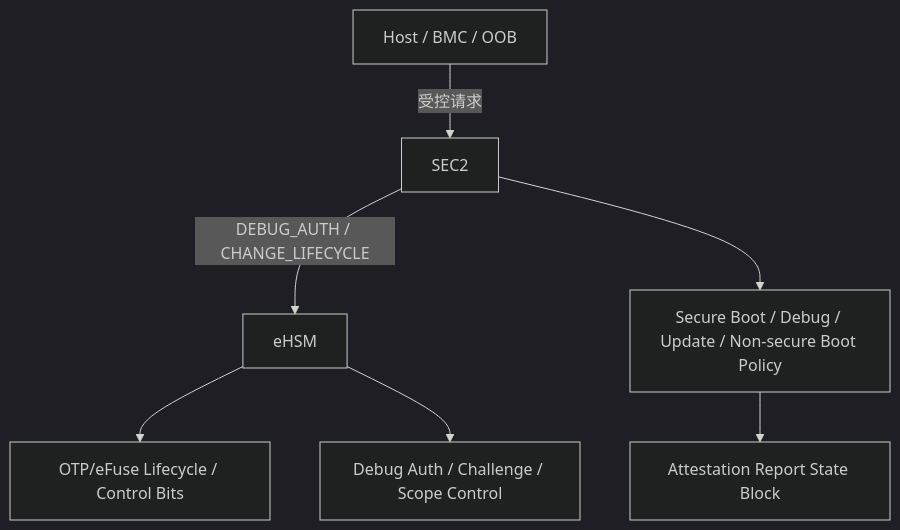
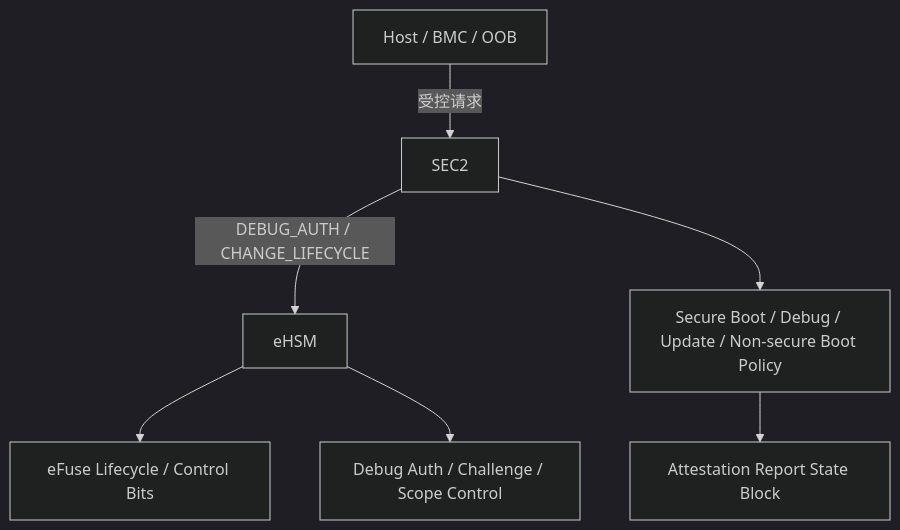
Diagram 14 of 29 in ngu800_security_solution_flow_with_gpt/security_workflow/03_detailed_design/10_full_design.md (DBW19931021/security_-scheme), drawn with Mermaid (dark theme) before and after one commit. The commit also changed other lines of this file and 28 other files, not shown here.

````diff
--- a/ngu800_security_solution_flow_with_gpt/security_workflow/03_detailed_design/10_full_design.md
+++ b/ngu800_security_solution_flow_with_gpt/security_workflow/03_detailed_design/10_full_design.md
@@ -1708,9 +1920,9 @@
 ```mermaid
 graph TD
     HOST[Host / BMC / OOB] -->|受控请求| SEC2[SEC2]
     SEC2 -->|DEBUG_AUTH / CHANGE_LIFECYCLE| EH[eHSM]
-    EH --> OTP[OTP/eFuse Lifecycle / Control Bits]
+    EH --> eFuse[eFuse Lifecycle / Control Bits]
     EH --> DBG[Debug Auth / Challenge / Scope Control]
     SEC2 --> STATE[Secure Boot / Debug / Update / Non-secure Boot Policy]
     STATE --> REPORT[Attestation Report State Block]
 ```
````
